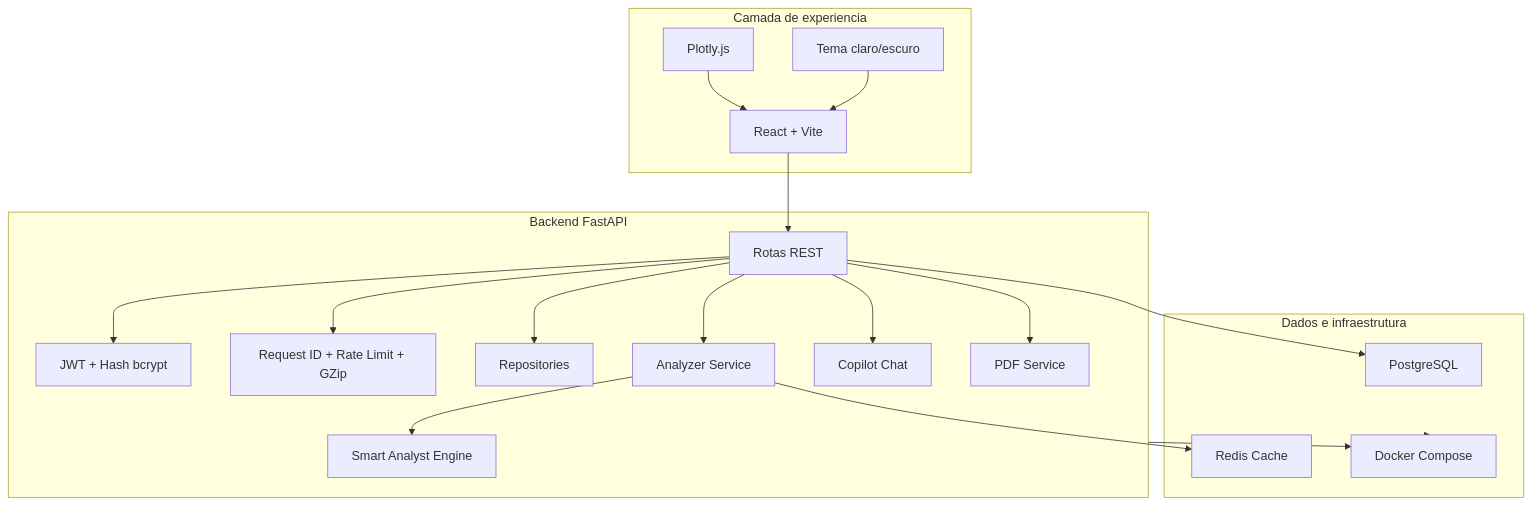
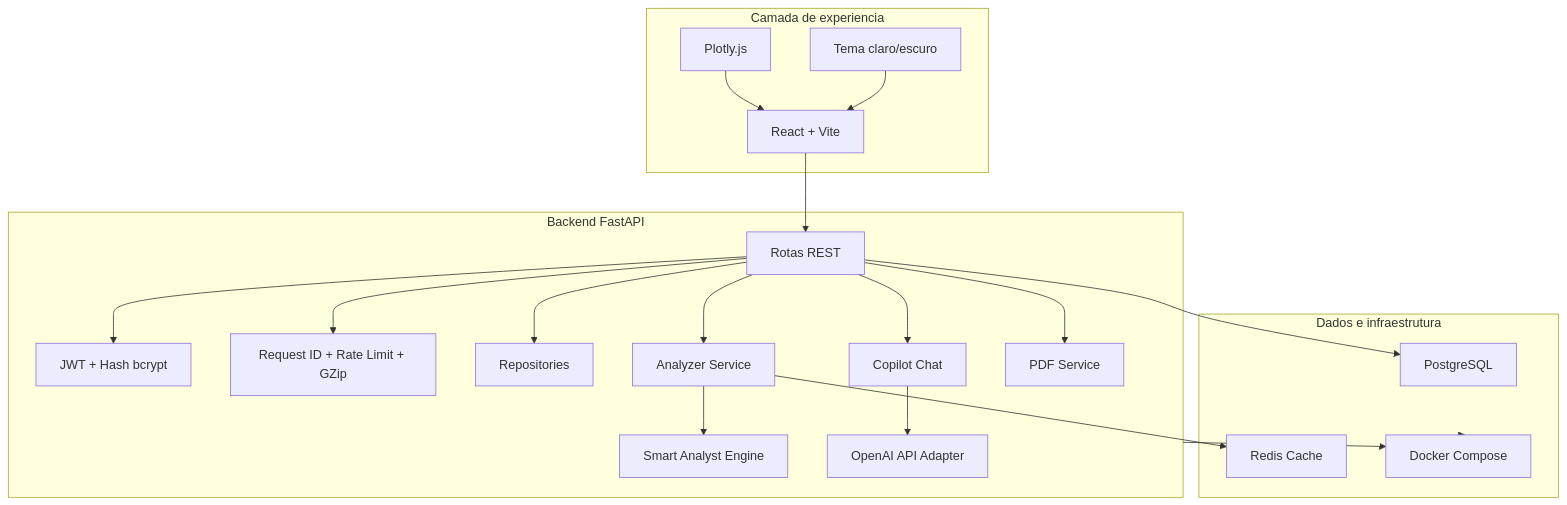
One commit to JoaoMDM31/SmartReports changed the first of 2 diagrams in docs/architecture.md. Above: the diagram before and after it, drawn with Mermaid. The commit also changed other lines of this file and 8 other files, not shown here.

Commit message:
Integrate OpenAI chat backend

````diff
--- a/docs/architecture.md
+++ b/docs/architecture.md
@@ -7,40 +7,42 @@
 ```mermaid
 flowchart TB
   subgraph Client["Camada de experiencia"]
     React["React + Vite"]
     Plotly["Plotly.js"]
     Theme["Tema claro/escuro"]
   end
 
   subgraph API["Backend FastAPI"]
     Routes["Rotas REST"]
     Auth["JWT + Hash bcrypt"]
     Middleware["Request ID + Rate Limit + GZip"]
     Repositories["Repositories"]
     Analyzer["Analyzer Service"]
     Insight["Smart Analyst Engine"]
     Chat["Copilot Chat"]
+    OpenAI["OpenAI API Adapter"]
     PDF["PDF Service"]
   end
 
   subgraph Data["Dados e infraestrutura"]
     Postgres["PostgreSQL"]
     Redis["Redis Cache"]
     Docker["Docker Compose"]
   end
 
   React --> Routes
   Plotly --> React
   Theme --> React
   Routes --> Middleware
   Routes --> Auth
   Routes --> Repositories
   Routes --> Analyzer
   Routes --> Chat
   Routes --> PDF
+  Chat --> OpenAI
   Analyzer --> Insight
   Analyzer --> Redis
   Routes --> Postgres
   API --> Docker
   Data --> Docker
 ```
````
